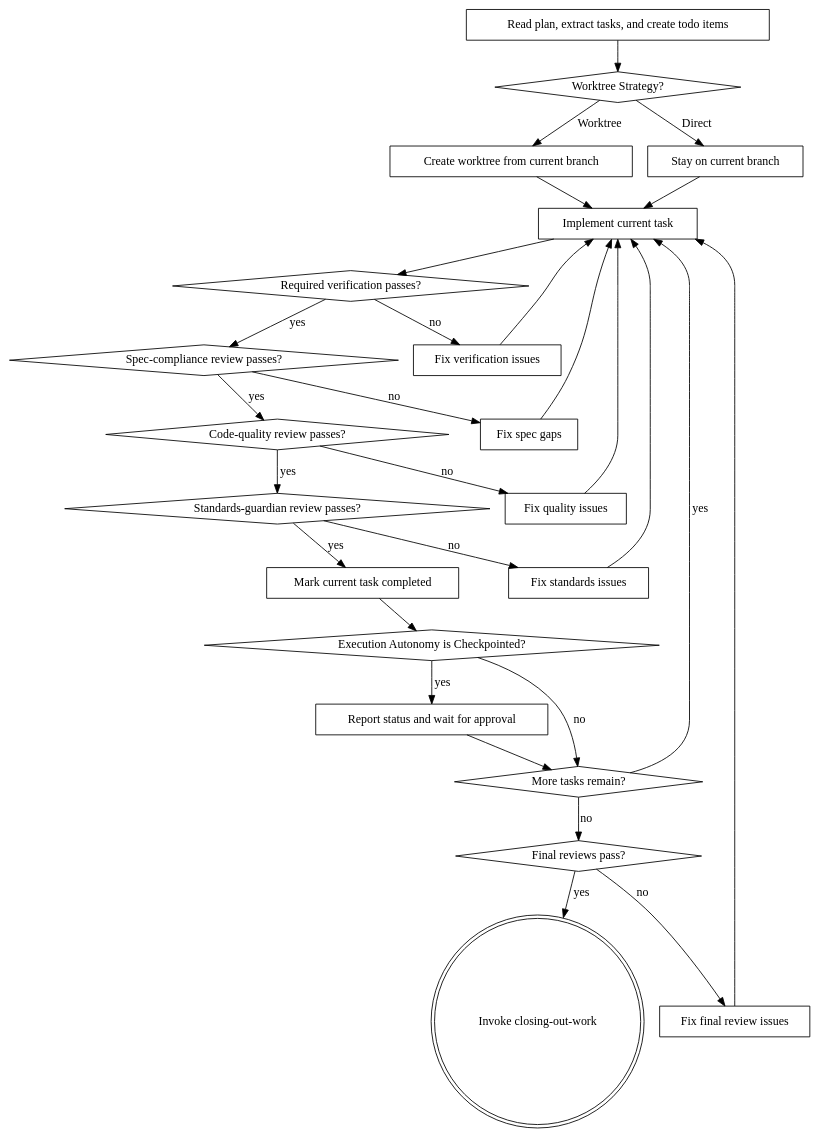
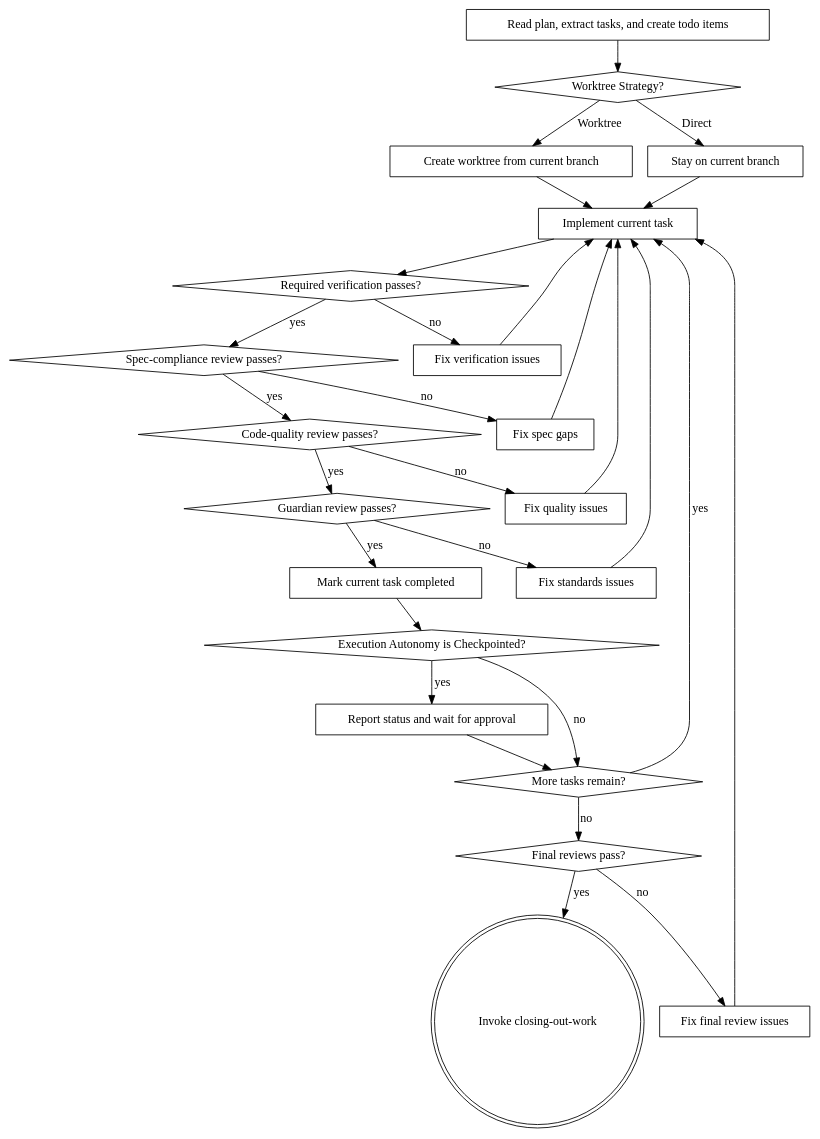
The diagram in skills/executing-plans/SKILL.md (clashmar/know-how), drawn with Graphviz before and after one commit. The commit also changed other lines of this file and 13 other files, not shown here.

````diff
--- a/skills/executing-plans/SKILL.md
+++ b/skills/executing-plans/SKILL.md
@@ -36,52 +36,52 @@
 ```dot
  digraph execution {
      "Read plan, extract tasks, and create todo items" [shape=box];
      "Worktree Strategy?" [shape=diamond];
      "Create worktree from current branch" [shape=box];
      "Stay on current branch" [shape=box];
      "Implement current task" [shape=box];
      "Required verification passes?" [shape=diamond];
      "Fix verification issues" [shape=box];
      "Spec-compliance review passes?" [shape=diamond];
      "Fix spec gaps" [shape=box];
      "Code-quality review passes?" [shape=diamond];
      "Fix quality issues" [shape=box];
-     "Standards-guardian review passes?" [shape=diamond];
+     "Guardian review passes?" [shape=diamond];
      "Fix standards issues" [shape=box];
      "Mark current task completed" [shape=box];
      "Execution Autonomy is Checkpointed?" [shape=diamond];
      "Report status and wait for approval" [shape=box];
      "More tasks remain?" [shape=diamond];
      "Final reviews pass?" [shape=diamond];
      "Fix final review issues" [shape=box];
      "Invoke closing-out-work" [shape=doublecircle];
 
      "Read plan, extract tasks, and create todo items" -> "Worktree Strategy?";
      "Worktree Strategy?" -> "Create worktree from current branch" [label="Worktree"];
      "Worktree Strategy?" -> "Stay on current branch" [label="Direct"];
      "Create worktree from current branch" -> "Implement current task";
      "Stay on current branch" -> "Implement current task";
      "Implement current task" -> "Required verification passes?";
      "Required verification passes?" -> "Fix verification issues" [label="no"];
      "Fix verification issues" -> "Implement current task";
      "Required verification passes?" -> "Spec-compliance review passes?" [label="yes"];
      "Spec-compliance review passes?" -> "Fix spec gaps" [label="no"];
      "Fix spec gaps" -> "Implement current task";
      "Spec-compliance review passes?" -> "Code-quality review passes?" [label="yes"];
      "Code-quality review passes?" -> "Fix quality issues" [label="no"];
      "Fix quality issues" -> "Implement current task";
-     "Code-quality review passes?" -> "Standards-guardian review passes?" [label="yes"];
-     "Standards-guardian review passes?" -> "Fix standards issues" [label="no"];
+     "Code-quality review passes?" -> "Guardian review passes?" [label="yes"];
+     "Guardian review passes?" -> "Fix standards issues" [label="no"];
      "Fix standards issues" -> "Implement current task";
-     "Standards-guardian review passes?" -> "Mark current task completed" [label="yes"];
+     "Guardian review passes?" -> "Mark current task completed" [label="yes"];
      "Mark current task completed" -> "Execution Autonomy is Checkpointed?";
      "Execution Autonomy is Checkpointed?" -> "Report status and wait for approval" [label="yes"];
      "Execution Autonomy is Checkpointed?" -> "More tasks remain?" [label="no"];
      "Report status and wait for approval" -> "More tasks remain?";
      "More tasks remain?" -> "Implement current task" [label="yes"];
      "More tasks remain?" -> "Final reviews pass?" [label="no"];
      "Final reviews pass?" -> "Invoke closing-out-work" [label="yes"];
      "Final reviews pass?" -> "Fix final review issues" [label="no"];
      "Fix final review issues" -> "Implement current task";
  }
 ```
````
